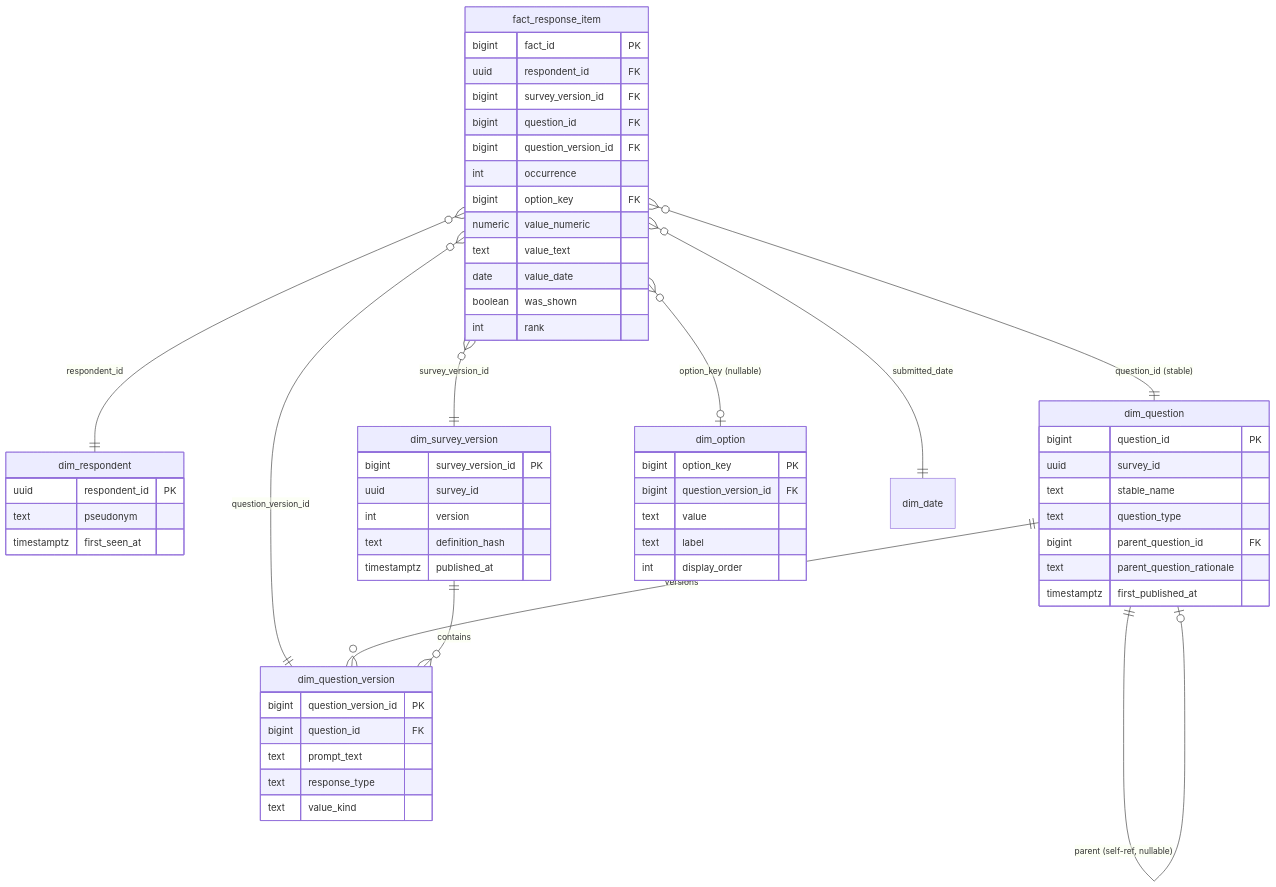
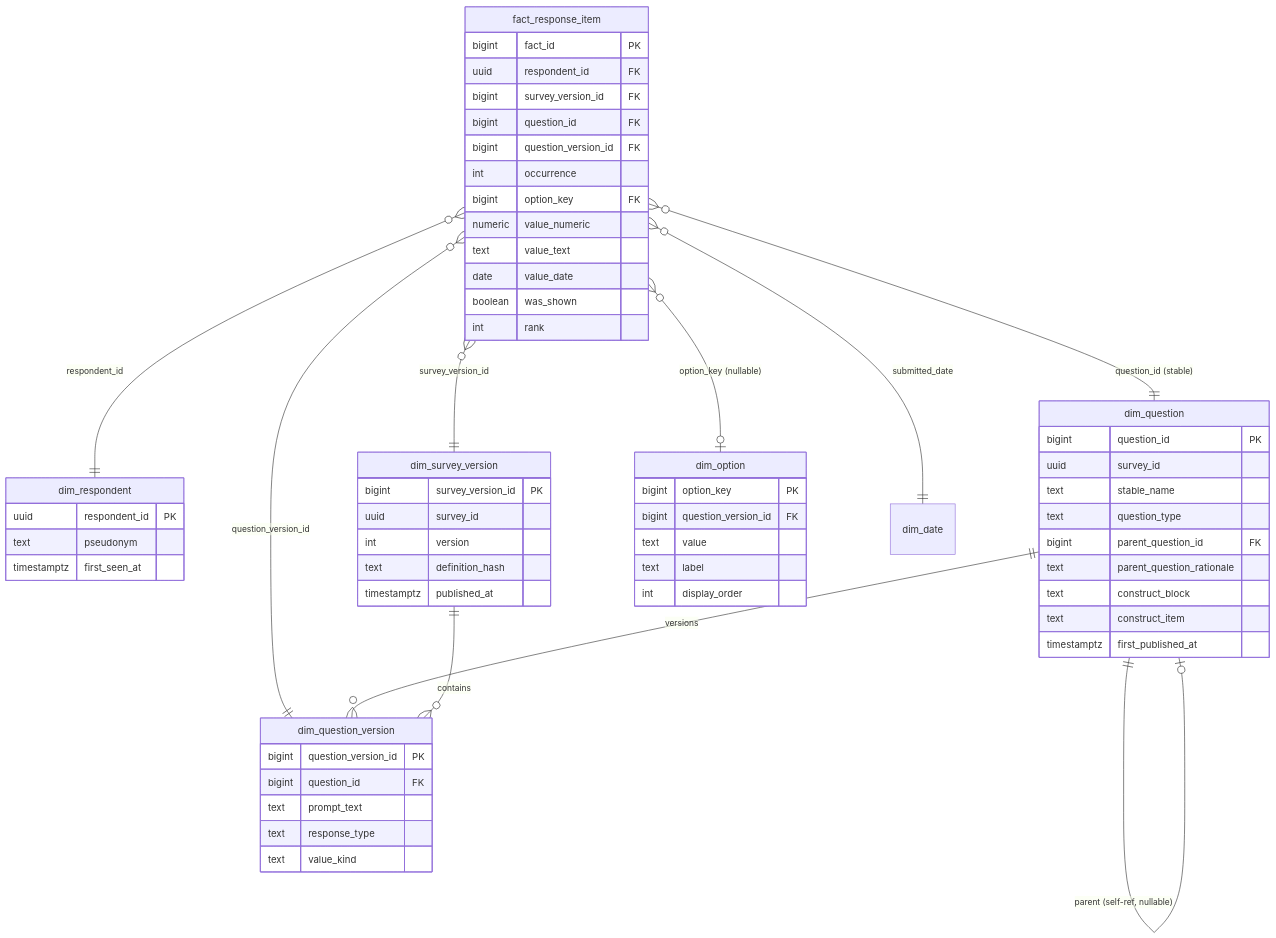
Before and after one commit to DrCatHicks/stele: the second of 4 diagrams in survey-engine-design-doc.md, drawn with Mermaid. The commit also changed other lines of this file and 6 other files, not shown here.

First line of the commit message:
Add construct_block / construct_item tags on dim_question

````diff
--- a/survey-engine-design-doc.md
+++ b/survey-engine-design-doc.md
@@ -256,63 +256,65 @@
 ```mermaid
 erDiagram
     fact_response_item }o--|| dim_respondent : "respondent_id"
     fact_response_item }o--|| dim_survey_version : "survey_version_id"
     fact_response_item }o--|| dim_question : "question_id (stable)"
     fact_response_item }o--|| dim_question_version : "question_version_id"
     fact_response_item }o--o| dim_option : "option_key (nullable)"
     fact_response_item }o--|| dim_date : "submitted_date"
 
     dim_question ||--o{ dim_question_version : "versions"
     dim_question ||--o| dim_question : "parent (self-ref, nullable)"
     dim_survey_version ||--o{ dim_question_version : "contains"
 
     dim_respondent {
         uuid respondent_id PK
         text pseudonym
         timestamptz first_seen_at
     }
     dim_survey_version {
         bigint survey_version_id PK
         uuid survey_id
         int version
         text definition_hash
         timestamptz published_at
     }
     dim_question {
         bigint question_id PK
         uuid survey_id
         text stable_name
         text question_type
         bigint parent_question_id FK
         text parent_question_rationale
+        text construct_block
+        text construct_item
         timestamptz first_published_at
     }
     dim_question_version {
         bigint question_version_id PK
         bigint question_id FK
         text prompt_text
         text response_type
         text value_kind
     }
     dim_option {
         bigint option_key PK
         bigint question_version_id FK
         text value
         text label
         int display_order
     }
     fact_response_item {
         bigint fact_id PK
         uuid respondent_id FK
         bigint survey_version_id FK
         bigint question_id FK
         bigint question_version_id FK
         int occurrence
         bigint option_key FK
         numeric value_numeric
         text value_text
         date value_date
         boolean was_shown
         int rank
     }
 ```
````
